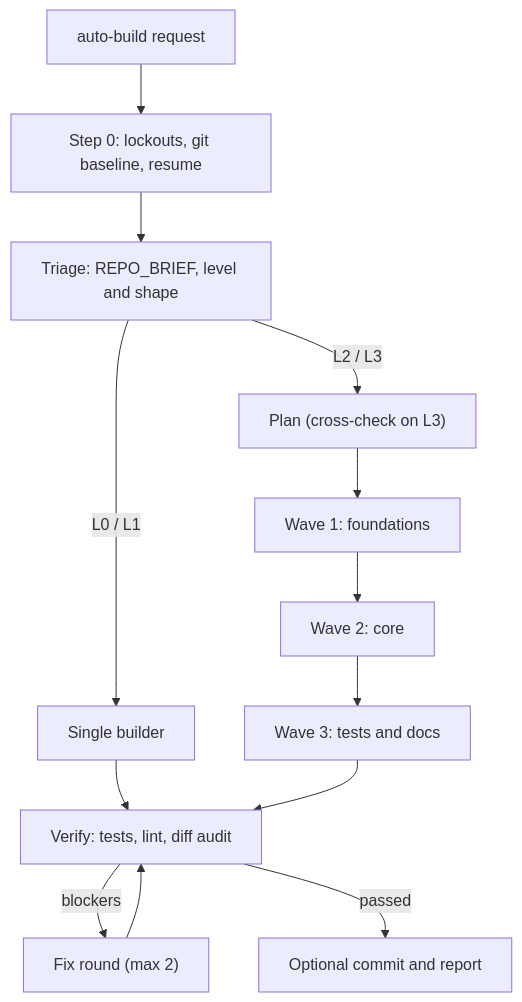
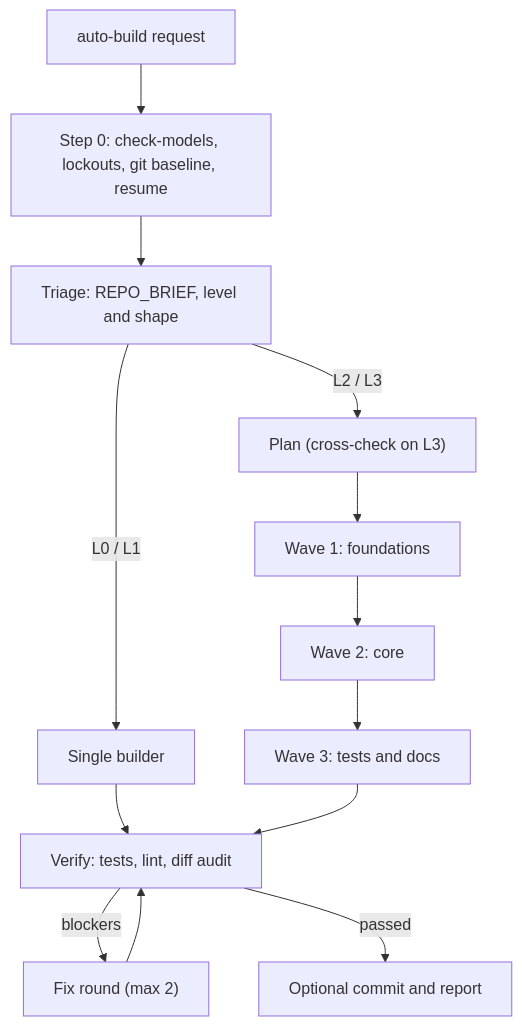
The diagram in README.md (mirceas94/T3-auto-build), drawn with Mermaid before and after one commit. The commit also changed other lines of this file, not shown here.

````diff
--- a/README.md
+++ b/README.md
@@ -232,15 +263,15 @@
 ```mermaid
 flowchart TD
-  start["auto-build request"] --> step0["Step 0: lockouts, git baseline, resume"]
+  start["auto-build request"] --> step0["Step 0: check-models, lockouts, git baseline, resume"]
   step0 --> triage["Triage: REPO_BRIEF, level and shape"]
   triage -->|"L0 / L1"| single["Single builder"]
   triage -->|"L2 / L3"| plan["Plan (cross-check on L3)"]
   plan --> wave1["Wave 1: foundations"]
   wave1 --> wave2["Wave 2: core"]
   wave2 --> wave3["Wave 3: tests and docs"]
   single --> verify["Verify: tests, lint, diff audit"]
   wave3 --> verify
   verify -->|"blockers"| fix["Fix round (max 2)"]
   fix --> verify
   verify -->|"passed"| report["Optional commit and report"]
 ```
````
